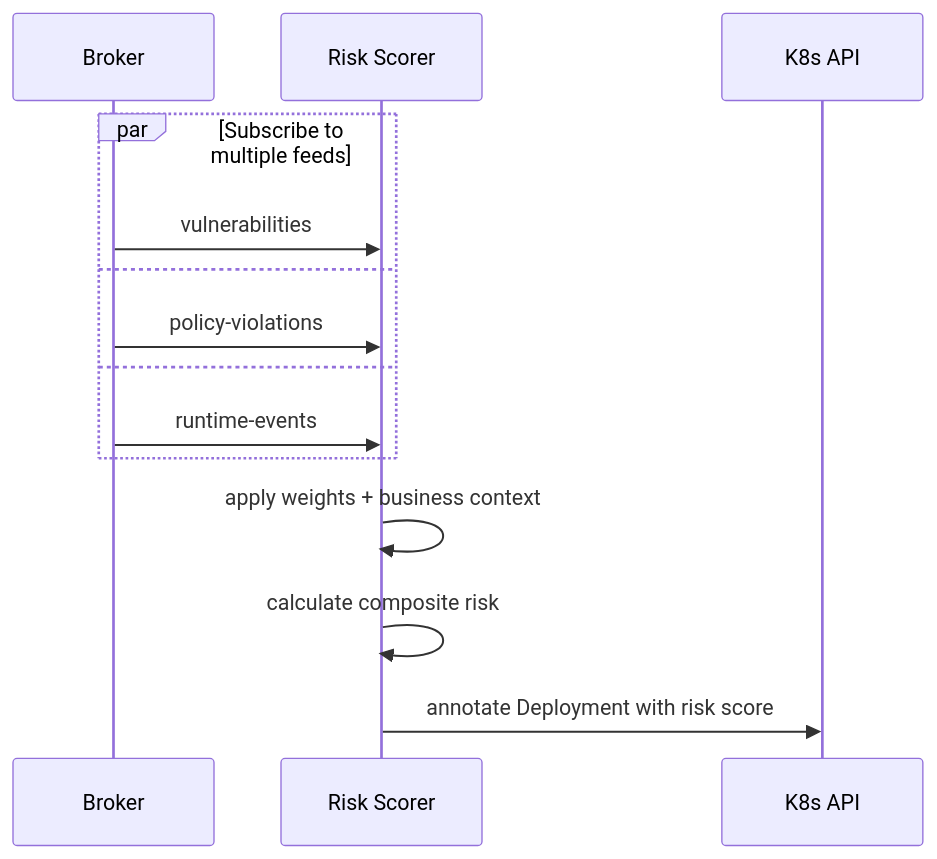
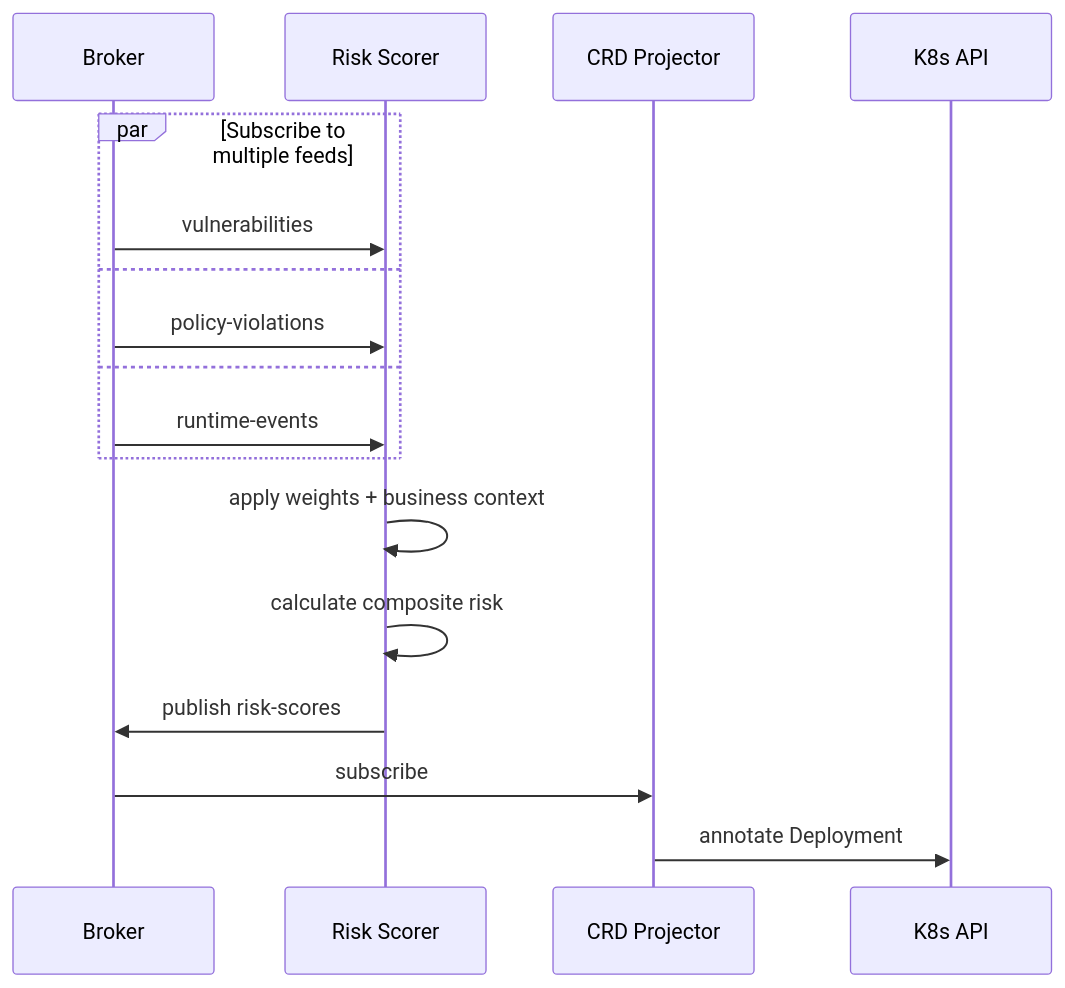
The third of 3 diagrams in docs/architecture/README.md (kylape/acs-next), drawn with Mermaid before and after one commit.

Commit message:
Risk scores flow through broker to CRD Projector
Consistent with event-driven pattern: Risk Scorer publishes to broker,
CRD Projector subscribes and annotates Deployments.

````diff
--- a/docs/architecture/README.md
+++ b/docs/architecture/README.md
@@ -181,18 +181,21 @@
 ```mermaid
 sequenceDiagram
     participant Broker
     participant Risk Scorer
+    participant CRD Projector
     participant K8s API
 
     par Subscribe to multiple feeds
         Broker->>Risk Scorer: vulnerabilities
     and
         Broker->>Risk Scorer: policy-violations
     and
         Broker->>Risk Scorer: runtime-events
     end
 
     Risk Scorer->>Risk Scorer: apply weights + business context
     Risk Scorer->>Risk Scorer: calculate composite risk
-    Risk Scorer->>K8s API: annotate Deployment with risk score
+    Risk Scorer->>Broker: publish risk-scores
+    Broker->>CRD Projector: subscribe
+    CRD Projector->>K8s API: annotate Deployment
 ```
````
